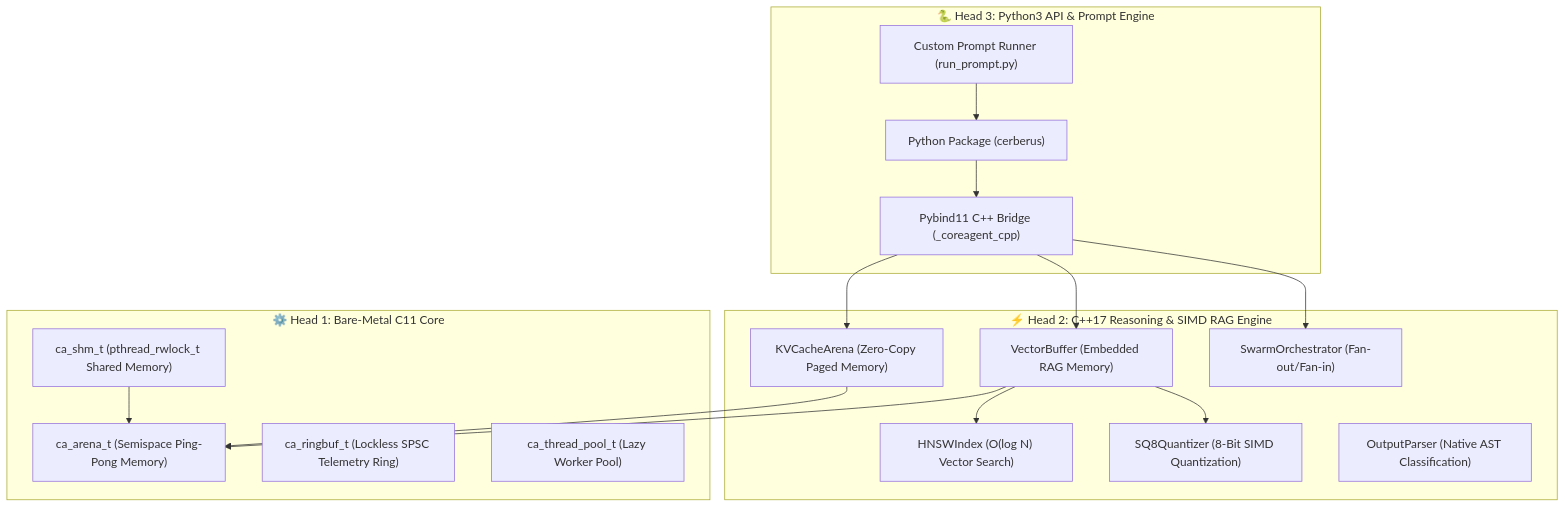
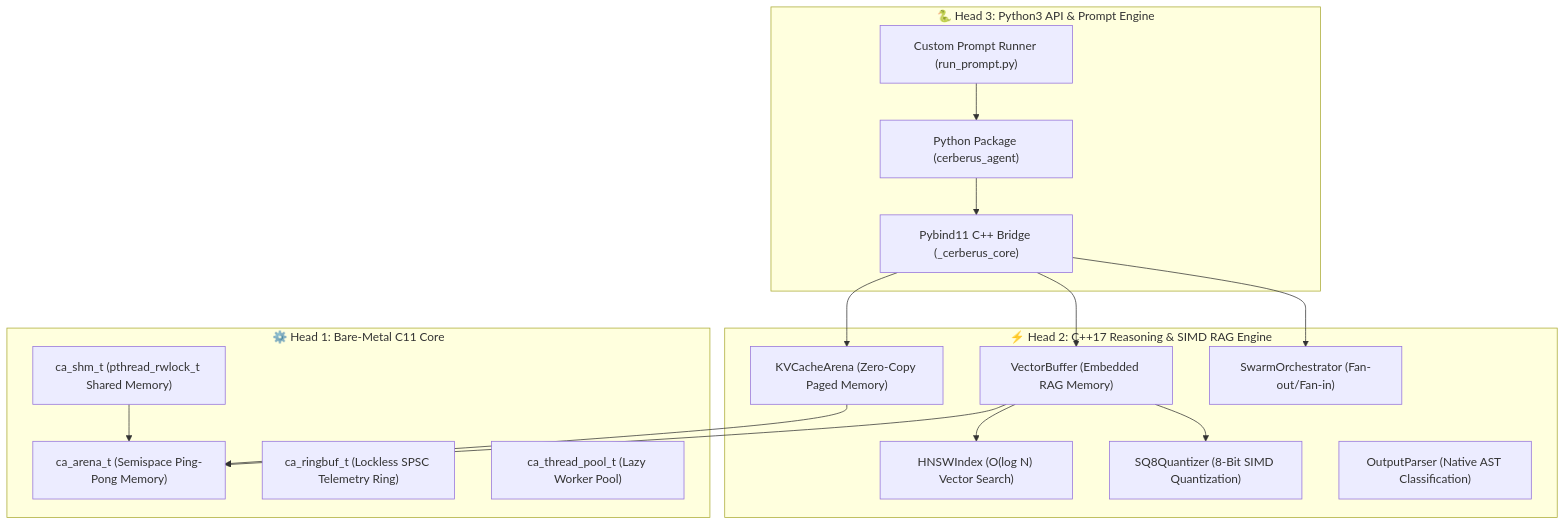
Before and after one commit to ELARION12/Cerberus: the first of 2 diagrams in README.md, drawn with Mermaid. The commit also changed other lines of this file and 52 other files, not shown here.

First line of the commit message:
Rename CoreAgent and IronAgent leftovers to Cerberus

````diff
--- a/README.md
+++ b/README.md
@@ -22,35 +22,35 @@
 ```mermaid
 graph TD
     subgraph Head3["🐍 Head 3: Python3 API & Prompt Engine"]
-        API["Python Package (cerberus)"]
+        API["Python Package (cerberus_agent)"]
         Runner["Custom Prompt Runner (run_prompt.py)"]
-        Pybind["Pybind11 C++ Bridge (_coreagent_cpp)"]
+        Pybind["Pybind11 C++ Bridge (_cerberus_core)"]
     end
 
     subgraph Head2["⚡ Head 2: C++17 Reasoning & SIMD RAG Engine"]
         KVCache["KVCacheArena (Zero-Copy Paged Memory)"]
         HNSW["HNSWIndex (O(log N) Vector Search)"]
         SQ8["SQ8Quantizer (8-Bit SIMD Quantization)"]
         Vector["VectorBuffer (Embedded RAG Memory)"]
         Swarm["SwarmOrchestrator (Fan-out/Fan-in)"]
         Parser["OutputParser (Native AST Classification)"]
     end
 
     subgraph Head1["⚙️ Head 1: Bare-Metal C11 Core"]
         Arena["ca_arena_t (Semispace Ping-Pong Memory)"]
         SHM["ca_shm_t (pthread_rwlock_t Shared Memory)"]
         Ring["ca_ringbuf_t (Lockless SPSC Telemetry Ring)"]
         Pool["ca_thread_pool_t (Lazy Worker Pool)"]
     end
 
     Runner --> API
     API --> Pybind
     Pybind --> KVCache
     Pybind --> Vector
     Pybind --> Swarm
     Vector --> HNSW
     Vector --> SQ8
     KVCache --> Arena
     Vector --> Arena
     SHM --> Arena
 ```
````
